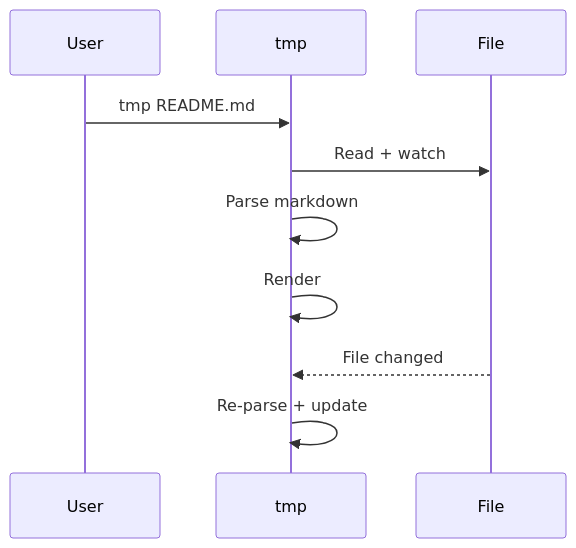
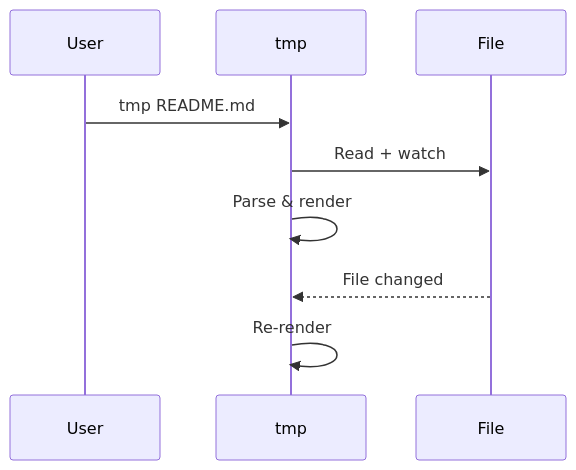
Before and after one commit to subinium/terminal-markdown-preview: the second of 2 diagrams in README.md, drawn with Mermaid. The commit also changed other lines of this file and 2 other files, not shown here.

````diff
--- a/README.md
+++ b/README.md
@@ -141,13 +107,12 @@
 ```mermaid
 sequenceDiagram
     participant User
     participant tmp
     participant File
 
     User->>tmp: tmp README.md
     tmp->>File: Read + watch
-    tmp->>tmp: Parse markdown
-    tmp->>tmp: Render
+    tmp->>tmp: Parse & render
     File-->>tmp: File changed
-    tmp->>tmp: Re-parse + update
+    tmp->>tmp: Re-render
 ```
````
